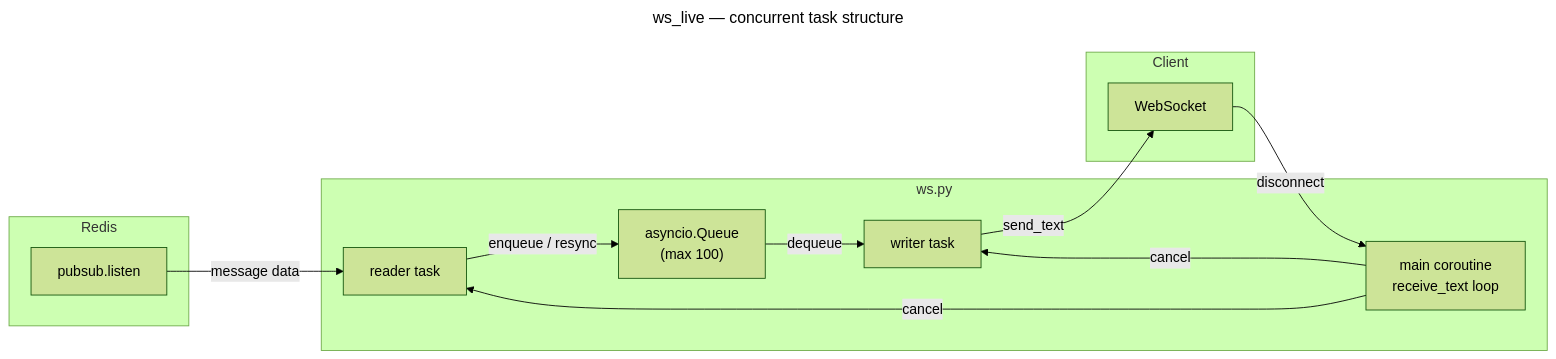
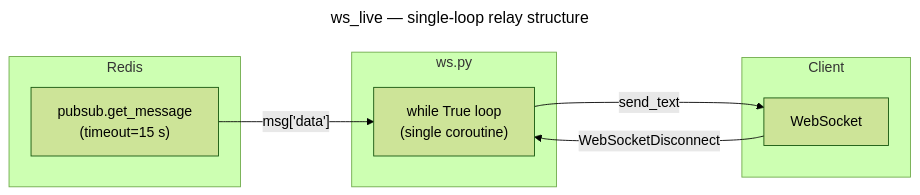
One commit to Grafin-AI/grafin-ai changed the second of 4 diagrams in docs/c4/04-code.md. Above: the diagram before and after it, drawn with Mermaid (forest theme). The commit also changed other lines of this file and 1 other file, not shown here.

Commit message:
docs(c4): refresh for single-loop WS relay + str login email + uvicorn WS test

````diff
--- a/docs/c4/04-code.md
+++ b/docs/c4/04-code.md
@@ -1740,26 +1739,19 @@
 ```mermaid
 ---
-title: ws_live — concurrent task structure
+title: ws_live — single-loop relay structure
 ---
 flowchart LR
     subgraph Redis
-        PS[pubsub.listen]
+        PS["pubsub.get_message\n(timeout=15 s)"]
     end
     subgraph ws.py
-        R[reader task]
-        Q["asyncio.Queue\n(max 100)"]
-        W[writer task]
-        MAIN[main coroutine\nreceive_text loop]
+        LOOP["while True loop\n(single coroutine)"]
     end
     subgraph Client
         WS[WebSocket]
     end
 
-    PS -->|message data| R
-    R -->|enqueue / resync| Q
-    Q -->|dequeue| W
-    W -->|send_text| WS
-    WS -->|disconnect| MAIN
-    MAIN -->|cancel| R
-    MAIN -->|cancel| W
+    PS -->|"msg['data']"| LOOP
+    LOOP -->|send_text| WS
+    WS -->|WebSocketDisconnect| LOOP
 ```
````
